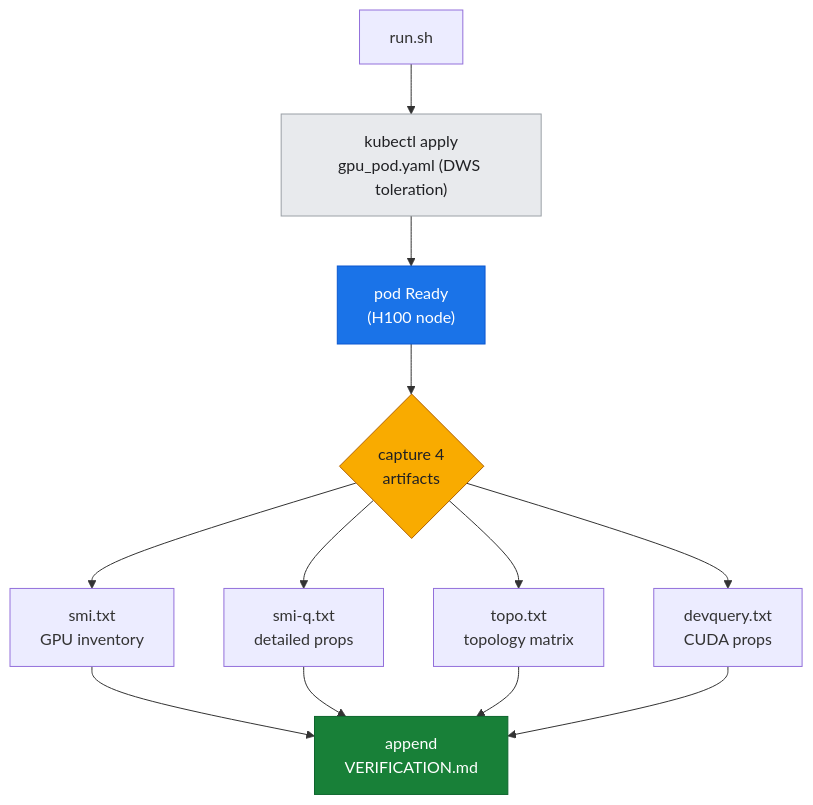
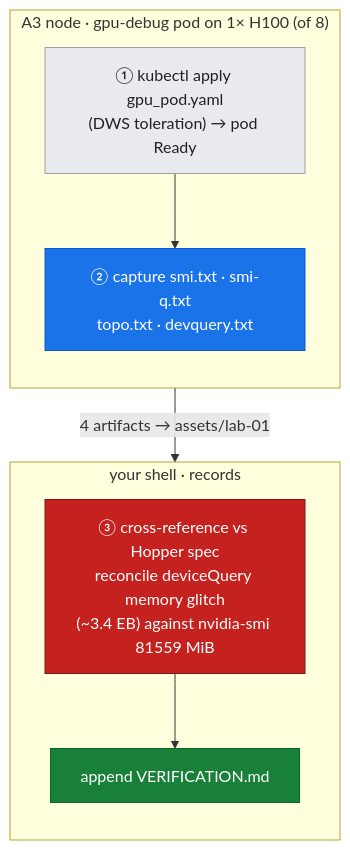
Before and after one commit to elideng-sg/hypercomputer-internode-deepdive: the second of 2 diagrams in labs/lab-01-gpu-arch-inspect/README.md, drawn with Mermaid. The commit also changed other lines of this file and 19 other files, not shown here.

First line of the commit message:
Diagrams: env-overview + combined step-flow across all 20 remaining labs

````diff
--- a/labs/lab-01-gpu-arch-inspect/README.md
+++ b/labs/lab-01-gpu-arch-inspect/README.md
@@ -20,22 +45,21 @@
 ```mermaid
-flowchart TD
-    R["run.sh"] --> A["kubectl apply<br/>gpu_pod.yaml (DWS toleration)"]
-    A --> P["pod Ready<br/>(H100 node)"]
-    P --> C{"capture 4<br/>artifacts"}
-    C --> S1["smi.txt<br/>GPU inventory"]
-    C --> S2["smi-q.txt<br/>detailed props"]
-    C --> S3["topo.txt<br/>topology matrix"]
-    C --> S4["devquery.txt<br/>CUDA props"]
-    S1 --> V["append<br/>VERIFICATION.md"]
-    S2 --> V
-    S3 --> V
-    S4 --> V
-    classDef meas fill:#1a73e8,stroke:#0b57d0,color:#ffffff;
-    classDef ctx fill:#e8eaed,stroke:#9aa0a6,color:#202124;
-    classDef accent fill:#f9ab00,stroke:#b06000,color:#202124;
-    classDef good fill:#188038,stroke:#0d652d,color:#ffffff;
-    class A ctx;
-    class P meas;
-    class C accent;
-    class V good;
+flowchart TB
+  subgraph NODE["A3 node · gpu-debug pod on 1× H100 (of 8)"]
+    direction TB
+    S1["① kubectl apply gpu_pod.yaml<br/>(DWS toleration) → pod Ready"]
+    S2["② capture smi.txt · smi-q.txt<br/>topo.txt · devquery.txt"]
+    S1 --> S2
+  end
+  subgraph LOCAL["your shell · records"]
+    direction TB
+    S3["③ cross-reference vs Hopper spec<br/>reconcile deviceQuery memory glitch<br/>(~3.4 EB) against nvidia-smi 81559 MiB"]
+    S4["append VERIFICATION.md"]
+    S3 --> S4
+  end
+  S2 -->|"4 artifacts → assets/lab-01"| S3
+  classDef meas fill:#1a73e8,stroke:#0b57d0,color:#ffffff;
+  classDef ctx fill:#e8eaed,stroke:#9aa0a6,color:#202124;
+  classDef good fill:#188038,stroke:#0d652d,color:#ffffff;
+  classDef crit fill:#c5221f,stroke:#7a161c,color:#ffffff;
+  class S1 ctx; class S2 meas; class S3 crit; class S4 good;
 ```
````
